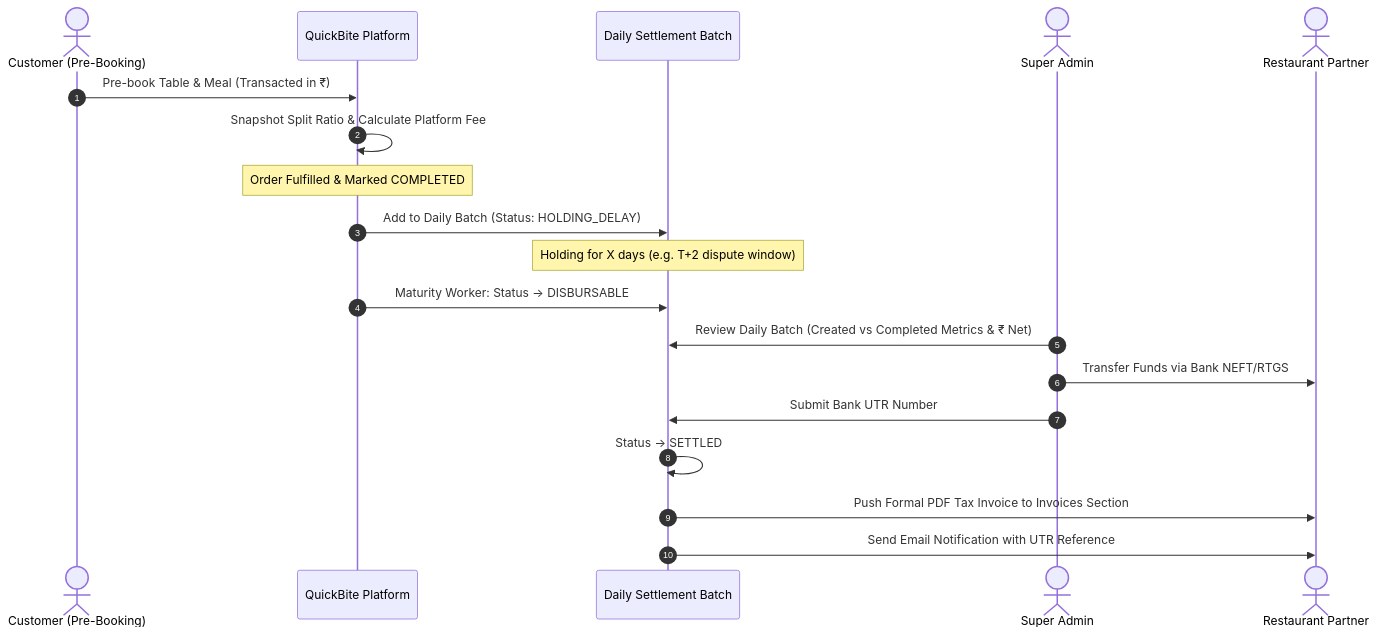
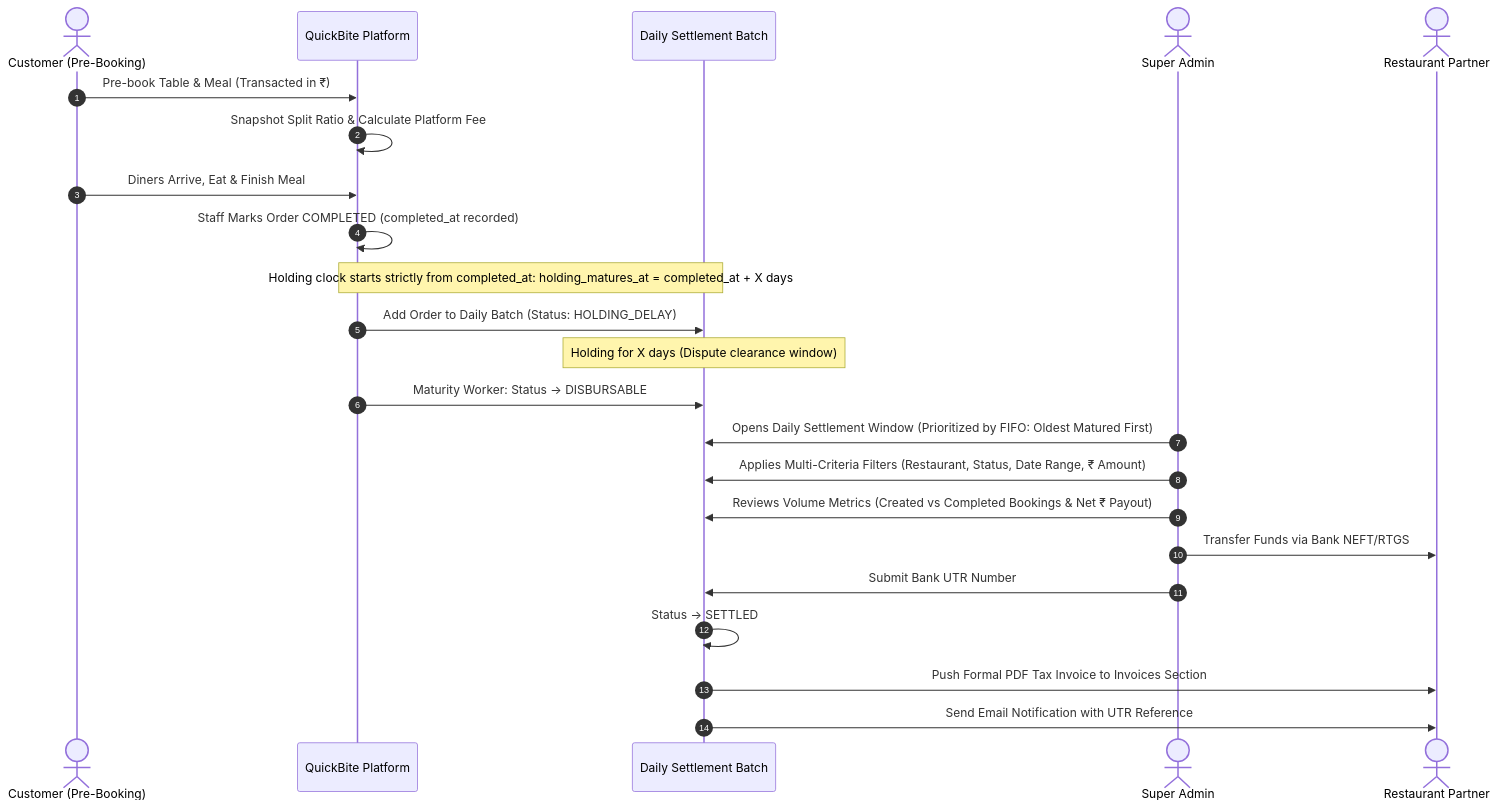
The fourth of 4 diagrams in docs/er-diagram.md (SidharthT-TechExpert/RWB_Project), drawn with Mermaid before and after one commit. The commit also changed other lines of this file and 3 other files, not shown here.

Commit message:
feat(settlements): anchor T+X delay to completed_at with FIFO queue sorting and multi-criteria filters

````diff
--- a/docs/er-diagram.md
+++ b/docs/er-diagram.md
@@ -228,22 +229,26 @@
 ```mermaid
 sequenceDiagram
     autonumber
     actor Customer as Customer (Pre-Booking)
     participant Platform as QuickBite Platform
     participant Batch as Daily Settlement Batch
     actor Admin as Super Admin
     actor Partner as Restaurant Partner
 
     Customer->>Platform: Pre-book Table & Meal (Transacted in ₹)
     Platform->>Platform: Snapshot Split Ratio & Calculate Platform Fee
-    Note over Platform: Order Fulfilled & Marked COMPLETED
-    Platform->>Batch: Add to Daily Batch (Status: HOLDING_DELAY)
-    Note over Batch: Holding for X days (e.g. T+2 dispute window)
+    Customer->>Platform: Diners Arrive, Eat & Finish Meal
+    Platform->>Platform: Staff Marks Order COMPLETED (completed_at recorded)
+    Note over Platform,Batch: Holding clock starts strictly from completed_at: holding_matures_at = completed_at + X days
+    Platform->>Batch: Add Order to Daily Batch (Status: HOLDING_DELAY)
+    Note over Batch: Holding for X days (Dispute clearance window)
     Platform->>Batch: Maturity Worker: Status -> DISBURSABLE
-    Admin->>Batch: Review Daily Batch (Created vs Completed Metrics & ₹ Net)
+    Admin->>Batch: Opens Daily Settlement Window (Prioritized by FIFO: Oldest Matured First)
+    Admin->>Batch: Applies Multi-Criteria Filters (Restaurant, Status, Date Range, ₹ Amount)
+    Admin->>Batch: Reviews Volume Metrics (Created vs Completed Bookings & Net ₹ Payout)
     Admin->>Partner: Transfer Funds via Bank NEFT/RTGS
     Admin->>Batch: Submit Bank UTR Number
     Batch->>Batch: Status -> SETTLED
     Batch->>Partner: Push Formal PDF Tax Invoice to Invoices Section
     Batch->>Partner: Send Email Notification with UTR Reference
 ```
````
